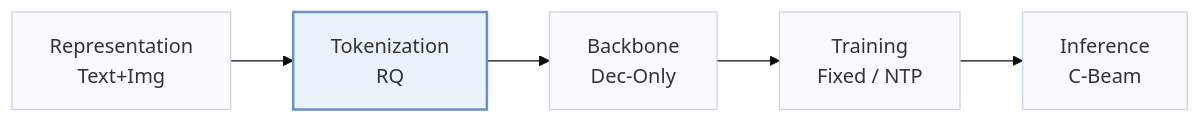
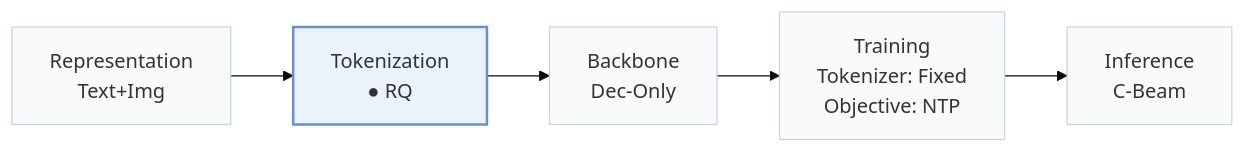
One commit to Galaxy-ghost/Awesome-SID-Generative-Rec changed the first of 2 diagrams in pages/papers/adasid.md. Above: the diagram before and after it, drawn with Mermaid (base theme). The commit also changed other lines of this file and 558 other files, not shown here.

````diff
--- a/pages/papers/adasid.md
+++ b/pages/papers/adasid.md
@@ -15,8 +18,8 @@
 ```mermaid
 flowchart LR
-    R["Representation<br/>Text+Img"] --> T["Tokenization<br/>RQ"] --> B["Backbone<br/>Dec-Only"] --> TR["Training<br/>Fixed / NTP"] --> I["Inference<br/>C-Beam"]
+    R["Representation<br/>Text+Img"] --> T["Tokenization<br/>● RQ"] --> B["Backbone<br/>Dec-Only"] --> TR["Training<br/>Tokenizer: Fixed<br/>Objective: NTP"] --> I["Inference<br/>C-Beam"]
     classDef base fill:#f8fafc,stroke:#cbd5e1
     class R,T,B,TR,I base
     classDef main fill:#eaf2fb,stroke:#6b8fc7,stroke-width:2px
     class T main
 ```
````
